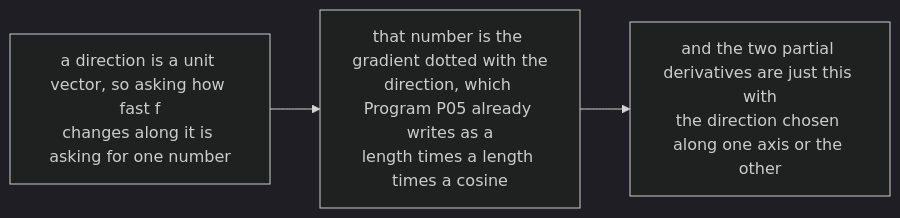
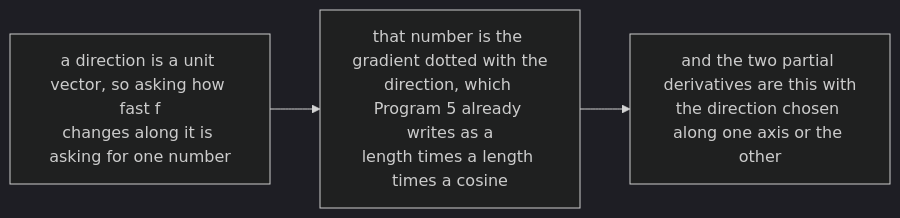
Before and after one commit to konradcinkusz/math-for-ai-engineers: the diagram in figures/mermaid/en/p15-any-direction.mmd, drawn with Mermaid (dark theme). The commit also changed 26 other files, not shown here.

```diff
--- a/figures/mermaid/en/p15-any-direction.mmd
+++ b/figures/mermaid/en/p15-any-direction.mmd
@@ -1,4 +1,4 @@
 flowchart LR
   A["a direction is a unit vector, so asking how fast f<br/>changes along it is asking for one number"]
-  A --> B["that number is the gradient dotted with the<br/>direction, which Program P05 already writes as a<br/>length times a length times a cosine"]
-  B --> C["and the two partial derivatives are just this with<br/>the direction chosen along one axis or the other"]
+  A --> B["that number is the gradient dotted with the<br/>direction, which Program 5 already writes as a<br/>length times a length times a cosine"]
+  B --> C["and the two partial derivatives are this with<br/>the direction chosen along one axis or the other"]
```
